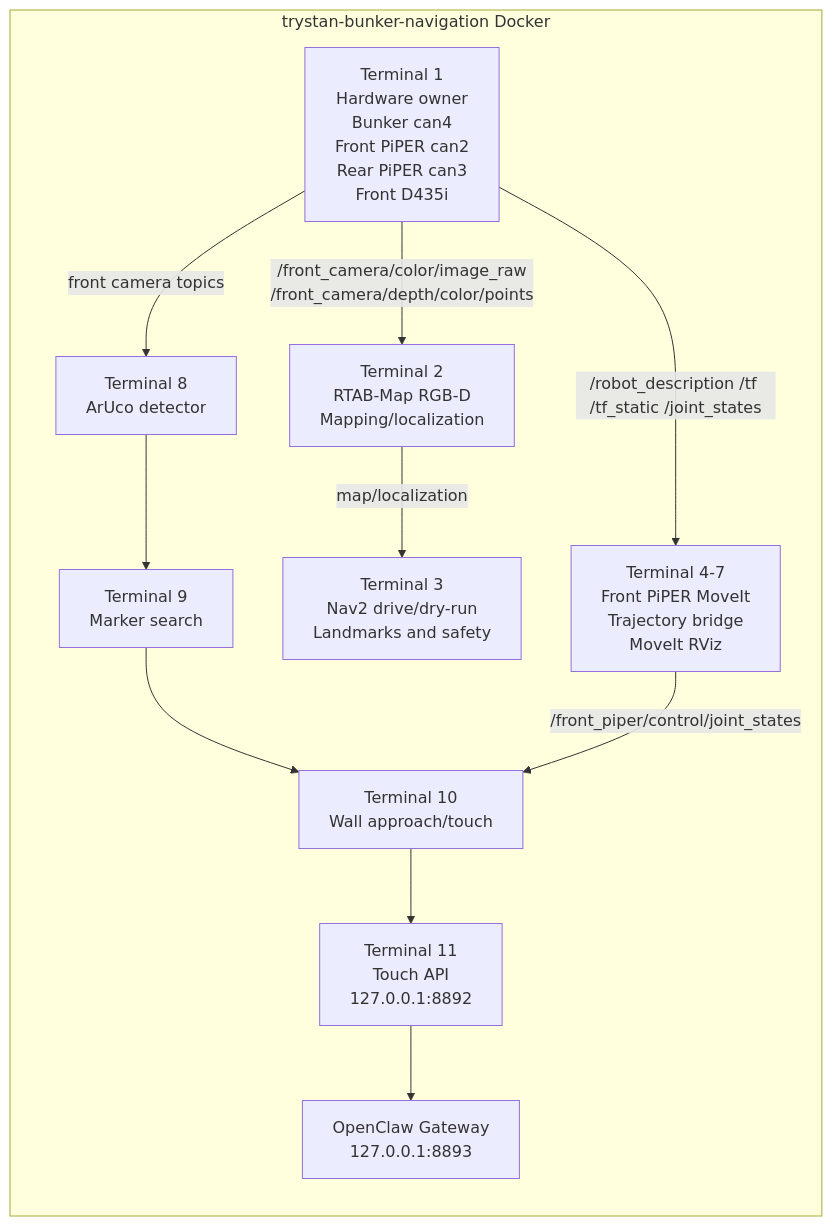
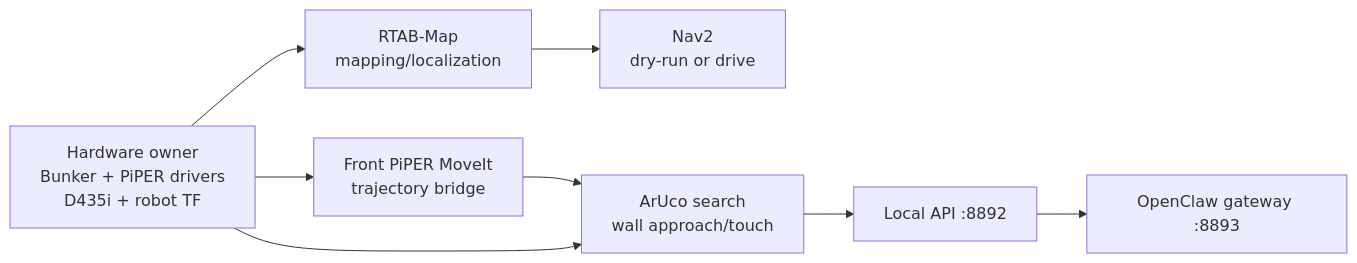
The diagram in README.md (notalexander30/bunker-piper_integration), drawn with Mermaid before and after one commit. The commit also changed other lines of this file and 8 other files, not shown here.

````diff
--- a/README.md
+++ b/README.md
@@ -25,24 +38,14 @@
 ```mermaid
 flowchart LR
-  subgraph Docker["trystan-bunker-navigation Docker"]
-    T1["Terminal 1\nHardware owner\nBunker can4\nFront PiPER can2\nRear PiPER can3\nFront D435i"]
-    T2["Terminal 2\nRTAB-Map RGB-D\nMapping/localization"]
-    T3["Terminal 3\nNav2 drive/dry-run\nLandmarks and safety"]
-    T4["Terminal 4-7\nFront PiPER MoveIt\nTrajectory bridge\nMoveIt RViz"]
-    T8["Terminal 8\nArUco detector"]
-    T9["Terminal 9\nMarker search"]
-    T10["Terminal 10\nWall approach/touch"]
-    T11["Terminal 11\nTouch API\n127.0.0.1:8892"]
-    T12["OpenClaw Gateway\n127.0.0.1:8893"]
-  end
+  H["Hardware owner\nBunker + PiPER drivers\nD435i + robot TF"]
+  M["RTAB-Map\nmapping/localization"]
+  N["Nav2\ndry-run or drive"]
+  P["Front PiPER MoveIt\ntrajectory bridge"]
+  A["ArUco search\nwall approach/touch"]
+  API["Local API :8892"]
+  O["OpenClaw gateway :8893"]
 
-  T1 -->|/robot_description /tf /tf_static /joint_states| T4
-  T1 -->|/front_camera/color/image_raw\n/front_camera/depth/color/points| T2
-  T2 -->|map/localization| T3
-  T1 -->|front camera topics| T8
-  T8 --> T9
-  T9 --> T10
-  T4 -->|/front_piper/control/joint_states| T10
-  T10 --> T11
-  T11 --> T12
+  H --> M --> N
+  H --> P --> A --> API --> O
+  H --> A
 ```
````
